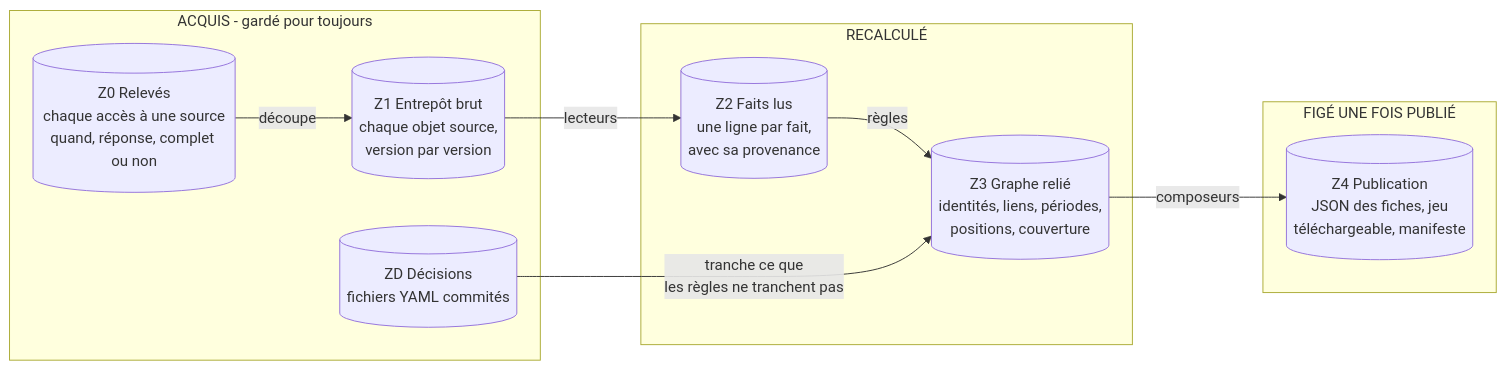
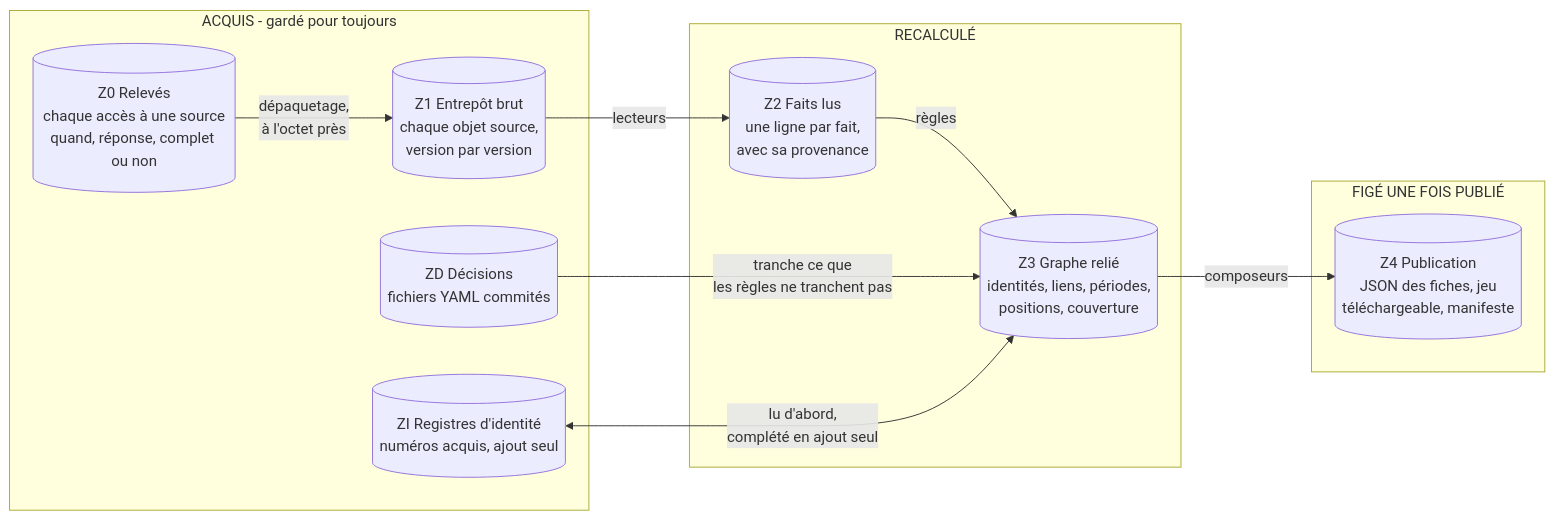
Before and after one commit to stephieED/Empreinte-politique-new-pipeline-test: the first of 19 diagrams in livrables/1-modele-de-donnees.md, drawn with Mermaid. The commit also changed other lines of this file and 8 other files, not shown here.

````diff
--- a/livrables/1-modele-de-donnees.md
+++ b/livrables/1-modele-de-donnees.md
@@ -20,23 +20,25 @@
 ```mermaid
 flowchart LR
     subgraph ACQ["ACQUIS - gardé pour toujours"]
         Z0[("Z0 Relevés<br/>chaque accès à une source<br/>quand, réponse, complet ou non")]
         Z1[("Z1 Entrepôt brut<br/>chaque objet source,<br/>version par version")]
         ZD[("ZD Décisions<br/>fichiers YAML commités")]
+        ZI[("ZI Registres d'identité<br/>numéros acquis, ajout seul")]
     end
 
     subgraph REC["RECALCULÉ"]
         Z2[("Z2 Faits lus<br/>une ligne par fait,<br/>avec sa provenance")]
         Z3[("Z3 Graphe relié<br/>identités, liens, périodes,<br/>positions, couverture")]
     end
 
     subgraph FIG["FIGÉ UNE FOIS PUBLIÉ"]
         Z4[("Z4 Publication<br/>JSON des fiches, jeu<br/>téléchargeable, manifeste")]
     end
 
-    Z0 -- "découpe" --> Z1
+    Z0 -- "dépaquetage,<br/>à l'octet près" --> Z1
     Z1 -- "lecteurs" --> Z2
     Z2 -- "règles" --> Z3
     ZD -- "tranche ce que<br/>les règles ne tranchent pas" --> Z3
+    ZI <-- "lu d'abord,<br/>complété en ajout seul" --> Z3
     Z3 -- "composeurs" --> Z4
 ```
````
